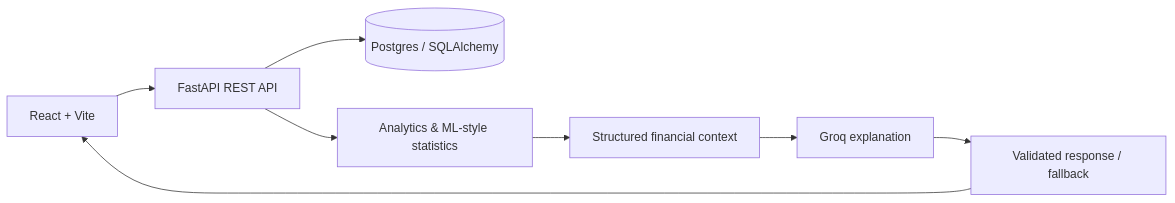
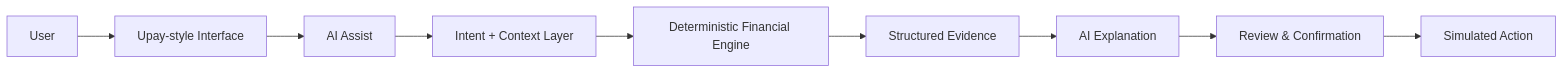
One commit to Rah1m-Hasan/AI_Dev_fest changed the first of 2 diagrams in README.md. Above: the diagram before and after it, drawn with Mermaid. The commit also changed other lines of this file and 34 other files, not shown here.

First line of the commit message:
feat: complete Upay AI Financial Coach prototype

````diff
--- a/README.md
+++ b/README.md
@@ -13,10 +15,21 @@
 ```mermaid
 flowchart LR
-  React[React + Vite] --> API[FastAPI REST API]
-  API --> PG[(Postgres / SQLAlchemy)]
-  API --> A[Analytics & ML-style statistics]
-  A --> C[Structured financial context]
-  C --> G[Groq explanation]
-  G --> F[Validated response / fallback]
-  F --> React
+    A[User]
+    B[Upay-style Interface]
+    C[AI Assist]
+    D[Intent + Context Layer]
+    E[Deterministic Financial Engine]
+    F[Structured Evidence]
+    G[AI Explanation]
+    H[Review & Confirmation]
+    I[Simulated Action]
+
+    A --> B
+    B --> C
+    C --> D
+    D --> E
+    E --> F
+    F --> G
+    G --> H
+    H --> I
 ```
````
